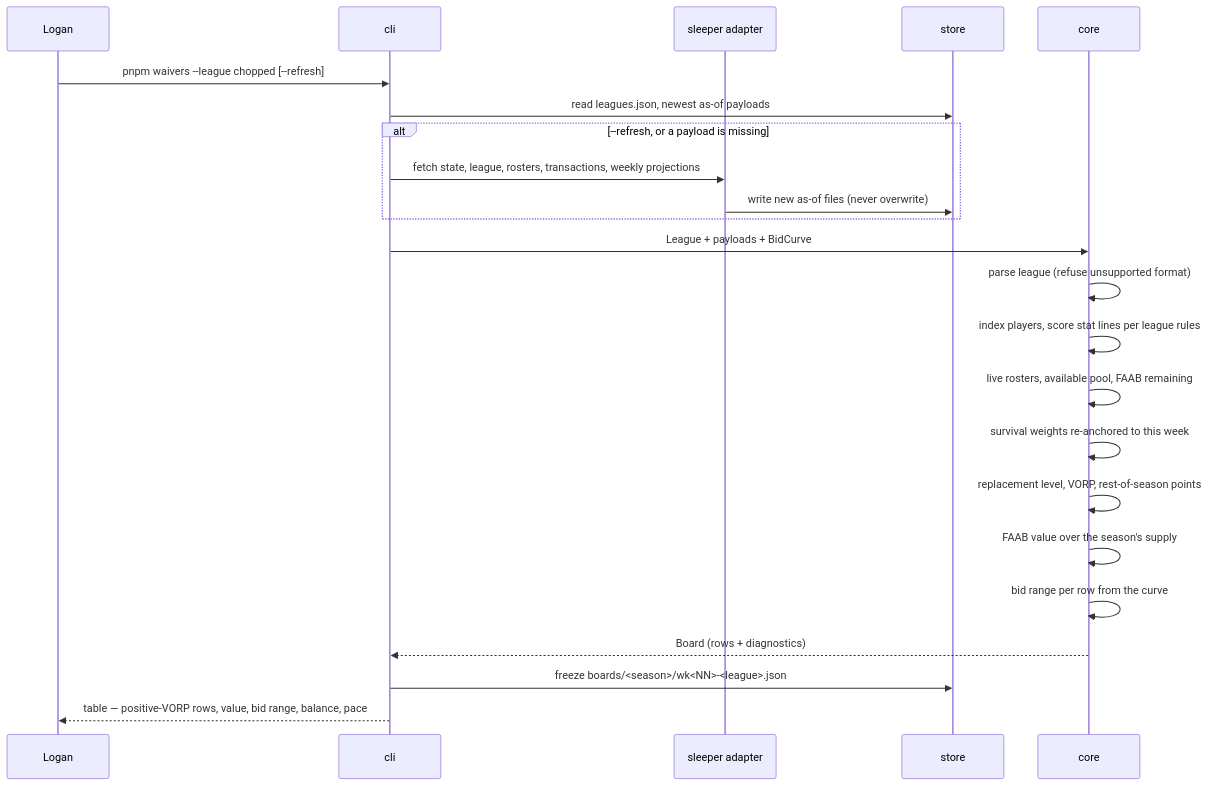
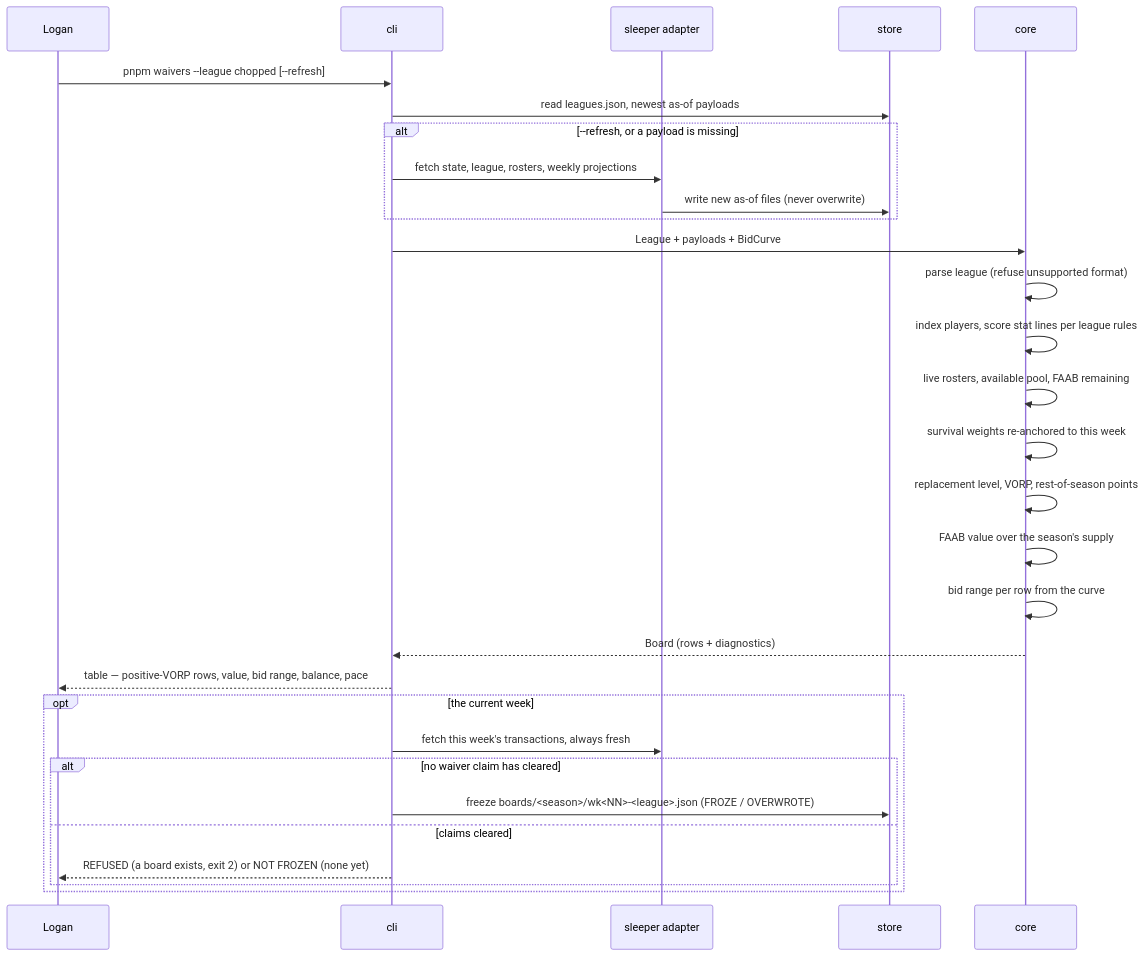
One commit to latechlogan/ff-assistant-reboot changed the second of 4 diagrams in docs/architecture.md. Above: the diagram before and after it, drawn with Mermaid. The commit also changed other lines of this file and 4 other files, not shown here.

First line of the commit message:
Ticket 004: freeze decides and returns, the CLI reports; a cleared week writes nothing

````diff
--- a/docs/architecture.md
+++ b/docs/architecture.md
@@ -59,25 +61,32 @@
 ```mermaid
 sequenceDiagram
     participant U as Logan
     participant CLI as cli
     participant SL as sleeper adapter
     participant ST as store
     participant C as core
     U->>CLI: pnpm waivers --league chopped [--refresh]
     CLI->>ST: read leagues.json, newest as-of payloads
     alt --refresh, or a payload is missing
-        CLI->>SL: fetch state, league, rosters, transactions, weekly projections
+        CLI->>SL: fetch state, league, rosters, weekly projections
         SL->>ST: write new as-of files (never overwrite)
     end
     CLI->>C: League + payloads + BidCurve
     C->>C: parse league (refuse unsupported format)
     C->>C: index players, score stat lines per league rules
     C->>C: live rosters, available pool, FAAB remaining
     C->>C: survival weights re-anchored to this week
     C->>C: replacement level, VORP, rest-of-season points
     C->>C: FAAB value over the season's supply
     C->>C: bid range per row from the curve
     C-->>CLI: Board (rows + diagnostics)
-    CLI->>ST: freeze boards/<season>/wk<NN>-<league>.json
     CLI-->>U: table — positive-VORP rows, value, bid range, balance, pace
+    opt the current week
+        CLI->>SL: fetch this week's transactions, always fresh
+        alt no waiver claim has cleared
+            CLI->>ST: freeze boards/<season>/wk<NN>-<league>.json (FROZE / OVERWROTE)
+        else claims cleared
+            CLI-->>U: REFUSED (a board exists, exit 2) or NOT FROZEN (none yet)
+        end
+    end
 ```
````
